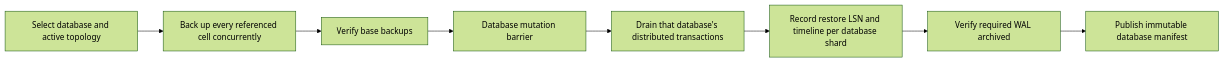
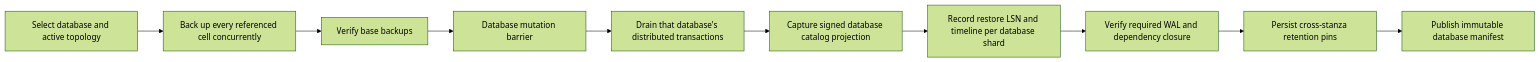
The diagram in website/docs/operations/backup-restore.md (andrew01234567890/pgshard), drawn with Mermaid (forest theme) before and after one commit. The commit also changed other lines of this file and 17 other files, not shown here.

````diff
--- a/website/docs/operations/backup-restore.md
+++ b/website/docs/operations/backup-restore.md
@@ -27,10 +27,12 @@
 ```mermaid
 flowchart LR
   T[Select database and active topology] --> B[Back up every referenced cell concurrently]
   B --> V[Verify base backups]
   V --> G[Database mutation barrier]
   G --> D[Drain that database's distributed transactions]
-  D --> L[Record restore LSN and timeline per database shard]
-  L --> W[Verify required WAL archived]
-  W --> M[Publish immutable database manifest]
+  D --> C[Capture signed database catalog projection]
+  C --> L[Record restore LSN and timeline per database shard]
+  L --> W[Verify required WAL and dependency closure]
+  W --> P[Persist cross-stanza retention pins]
+  P --> M[Publish immutable database manifest]
 ```
````
